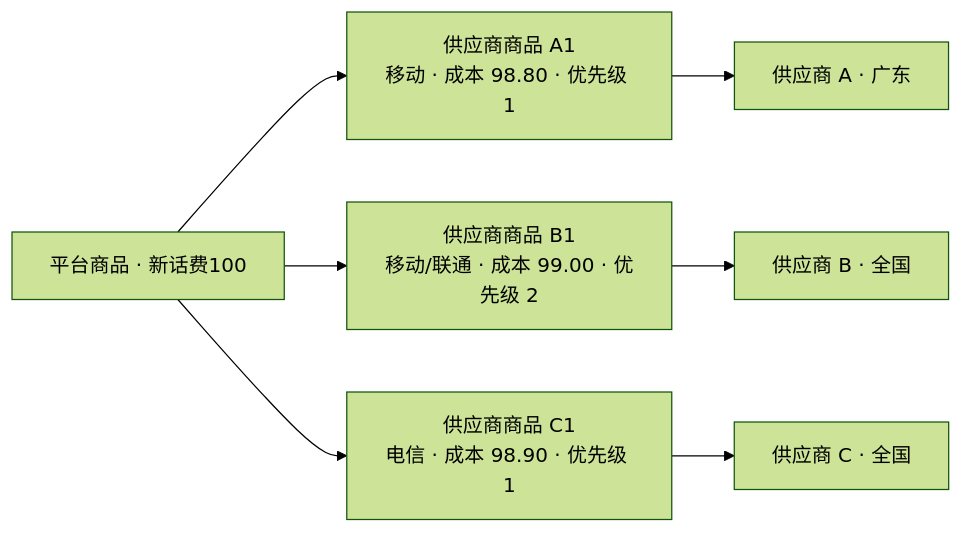
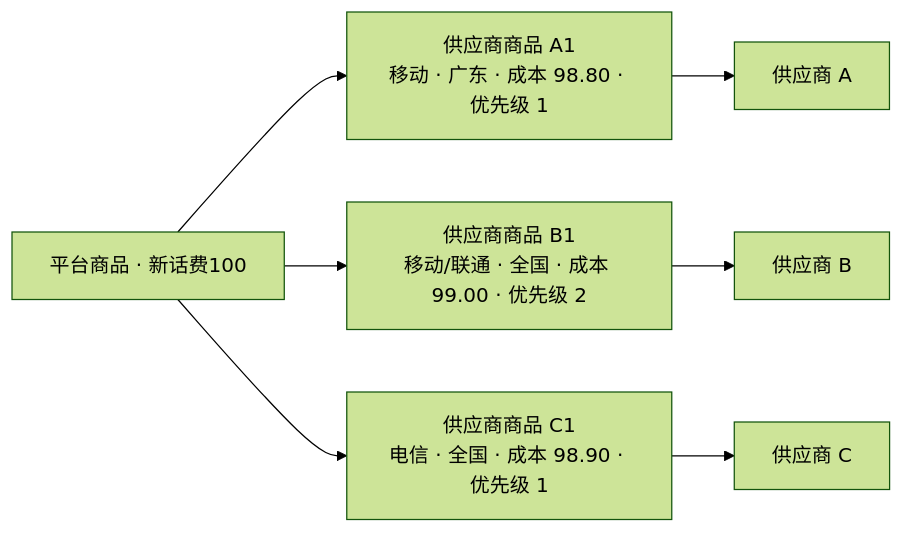
Before and after one commit to tankmask0924-ops/phoneBill: the first of 6 diagrams in docs/project.md, drawn with Mermaid (forest theme). The commit also changed other lines of this file and 15 other files, not shown here.

````diff
--- a/docs/project.md
+++ b/docs/project.md
@@ -53,9 +53,9 @@
 ```mermaid
 flowchart LR
-    P["平台商品 · 新话费100"] --> R1["供应商商品 A1<br/>移动 · 成本 98.80 · 优先级 1"]
-    P --> R2["供应商商品 B1<br/>移动/联通 · 成本 99.00 · 优先级 2"]
-    P --> R3["供应商商品 C1<br/>电信 · 成本 98.90 · 优先级 1"]
-    R1 --> SA["供应商 A · 广东"]
-    R2 --> SB["供应商 B · 全国"]
-    R3 --> SC["供应商 C · 全国"]
+    P["平台商品 · 新话费100"] --> R1["供应商商品 A1<br/>移动 · 广东 · 成本 98.80 · 优先级 1"]
+    P --> R2["供应商商品 B1<br/>移动/联通 · 全国 · 成本 99.00 · 优先级 2"]
+    P --> R3["供应商商品 C1<br/>电信 · 全国 · 成本 98.90 · 优先级 1"]
+    R1 --> SA["供应商 A"]
+    R2 --> SB["供应商 B"]
+    R3 --> SC["供应商 C"]
 ```
````
